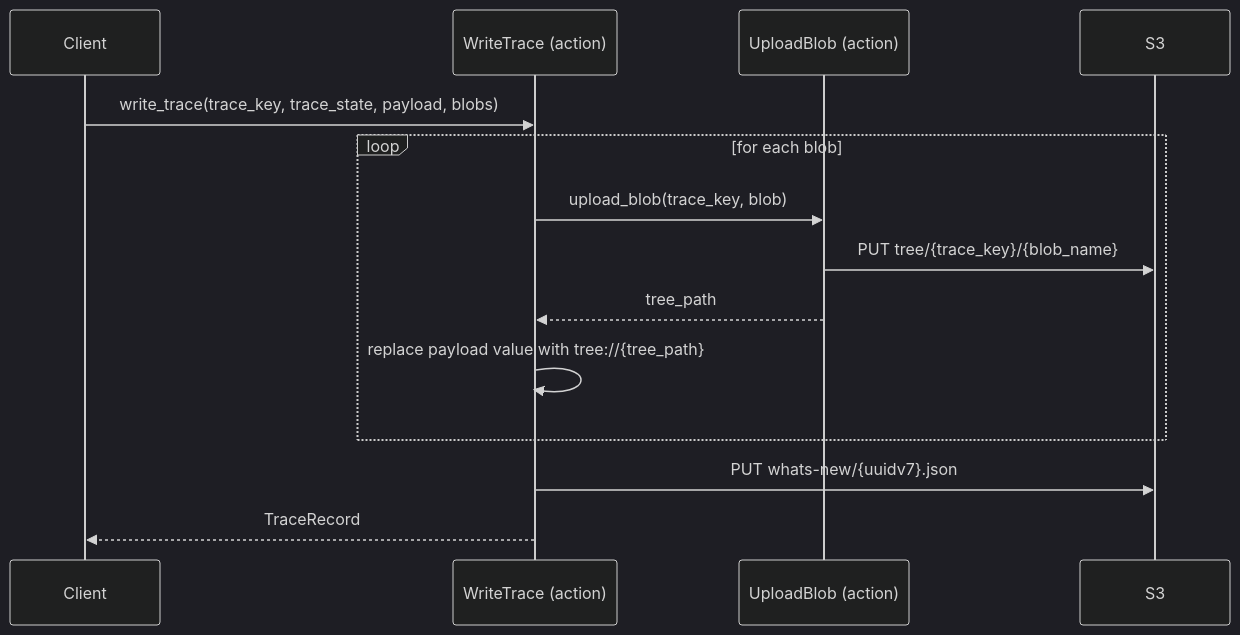
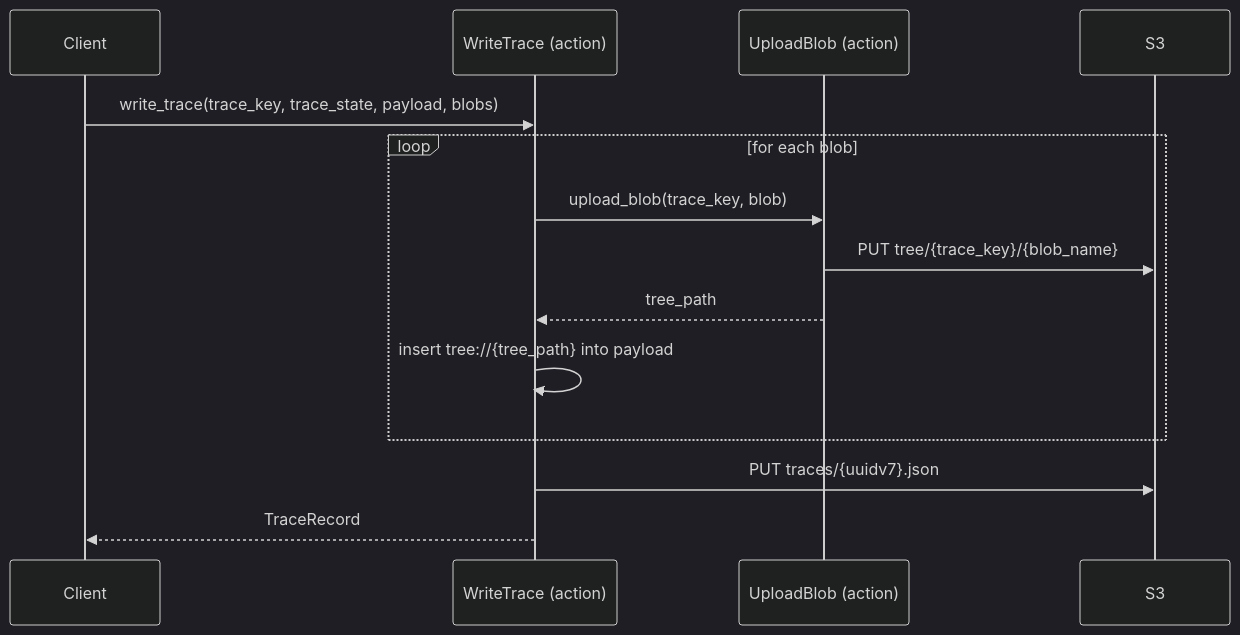
The diagram in libs/woodstock_sdk/python/docs/spec/scenarios/ms2_a_client_writes_a_trace_with_a_payload_blob.md (mnieber/woodstock), drawn with Mermaid (dark theme) before and after one commit. The commit also changed other lines of this file and 12 other files, not shown here.

````diff
--- a/libs/woodstock_sdk/python/docs/spec/scenarios/ms2_a_client_writes_a_trace_with_a_payload_blob.md
+++ b/libs/woodstock_sdk/python/docs/spec/scenarios/ms2_a_client_writes_a_trace_with_a_payload_blob.md
@@ -30,19 +34,19 @@
 ```mermaid
 sequenceDiagram
     participant Client
     participant WriteTrace as WriteTrace (action)
     participant UploadBlob as UploadBlob (action)
     participant S3
 
     Client->>WriteTrace: write_trace(trace_key, trace_state, payload, blobs)
 
     loop for each blob
         WriteTrace->>UploadBlob: upload_blob(trace_key, blob)
         UploadBlob->>S3: PUT tree/{trace_key}/{blob_name}
         UploadBlob-->>WriteTrace: tree_path
-        WriteTrace->>WriteTrace: replace payload value with tree://{tree_path}
+        WriteTrace->>WriteTrace: insert tree://{tree_path} into payload
     end
 
-    WriteTrace->>S3: PUT whats-new/{uuidv7}.json
+    WriteTrace->>S3: PUT traces/{uuidv7}.json
     WriteTrace-->>Client: TraceRecord
 ```
````
